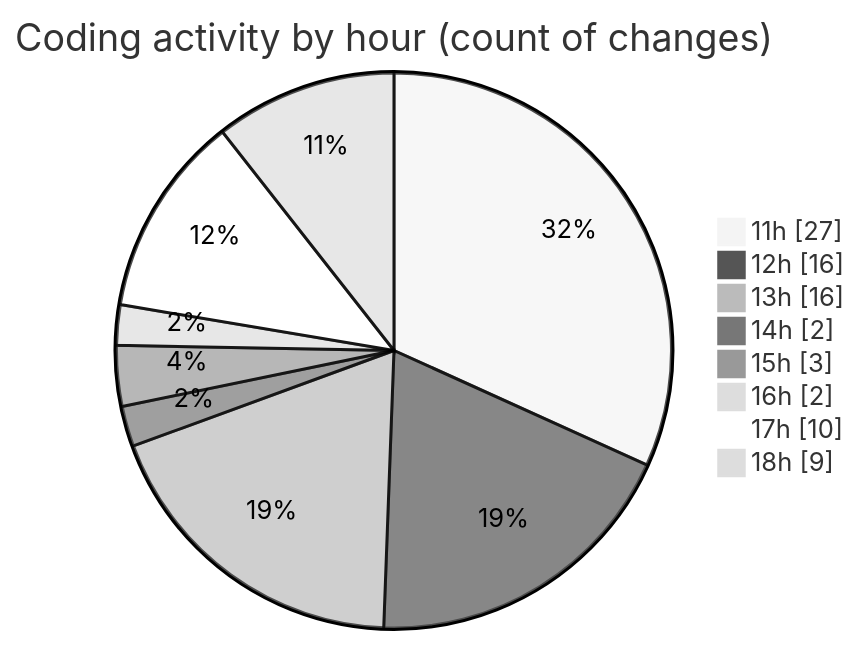
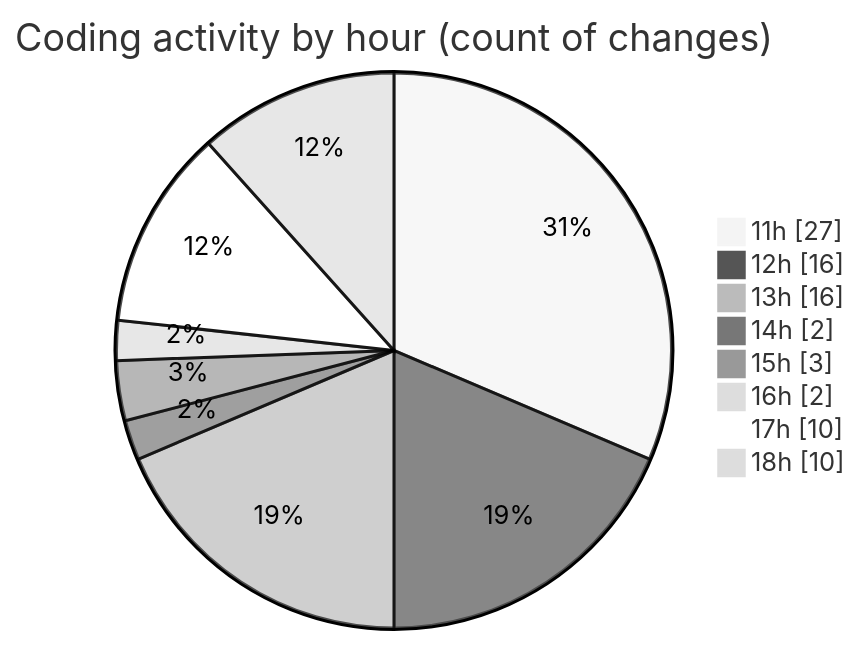
One commit to MatusMokan/code-tracking changed the second of 2 diagrams in 2025-04-18/myws__workspace_/README.md. Above: the diagram before and after it, drawn with Mermaid (neutral theme). The commit also changed other lines of this file and 1 other file, not shown here.

````diff
--- a/2025-04-18/myws__workspace_/README.md
+++ b/2025-04-18/myws__workspace_/README.md
@@ -31,12 +32,12 @@
 ```mermaid
 pie showData
 title Coding activity by hour (count of changes)
 "11h" : 27
 "12h" : 16
 "13h" : 16
 "14h" : 2
 "15h" : 3
 "16h" : 2
 "17h" : 10
-"18h" : 9
+"18h" : 10
 ```
````
